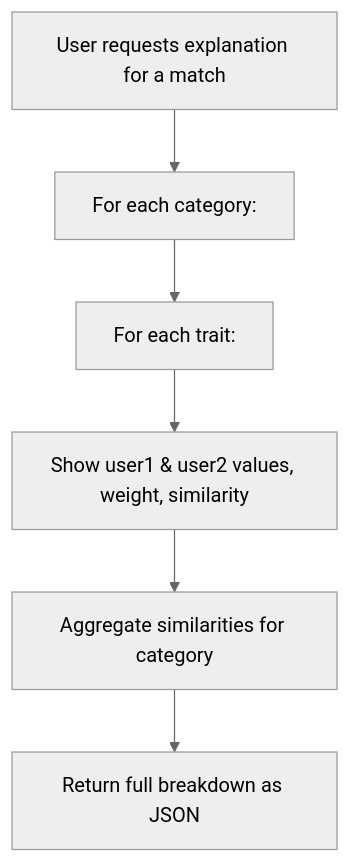
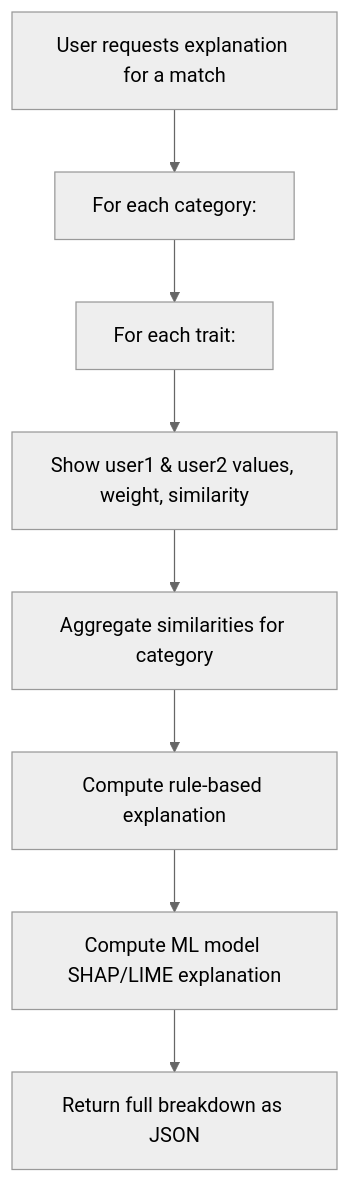
One commit to MorfidisJ/UniMates-Website changed the third of 6 diagrams in api/COMPLEX_MATCHING_ALGORITHM.md. Above: the diagram before and after it, drawn with Mermaid (neutral theme). The commit also changed other lines of this file, not shown here.

Commit message:
docs: fix Mermaid diagrams for GitHub rendering

````diff
--- a/api/COMPLEX_MATCHING_ALGORITHM.md
+++ b/api/COMPLEX_MATCHING_ALGORITHM.md
@@ -52,8 +54,10 @@
 ```mermaid
 graph TD;
     A[User requests explanation for a match] --> B[For each category:];
     B --> C[For each trait:];
     C --> D[Show user1 & user2 values, weight, similarity];
     D --> E[Aggregate similarities for category];
-    E --> F[Return full breakdown as JSON];
+    E --> F[Compute rule-based explanation];
+    F --> G[Compute ML model SHAP/LIME explanation];
+    G --> H[Return full breakdown as JSON];
 ```
````
